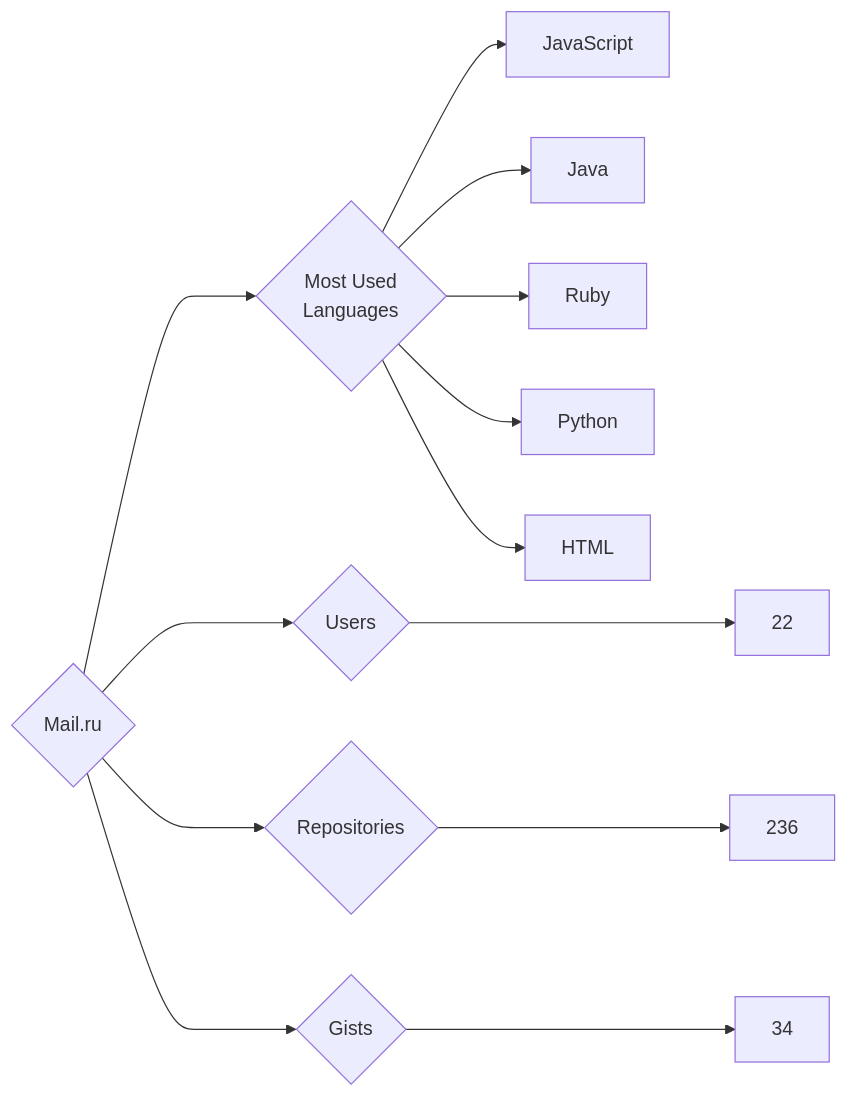
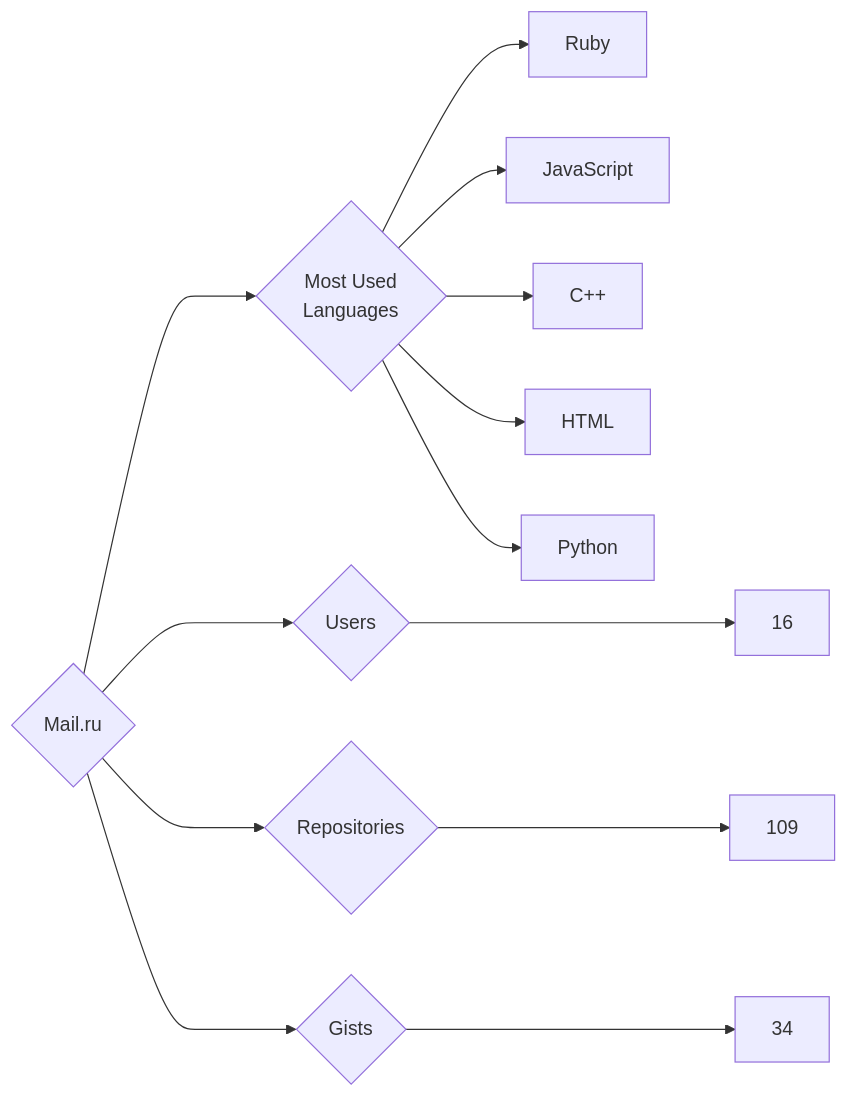
The diagram in targets/Mail.ru/README.md (trickest/insiders), drawn with Mermaid before and after one commit. The commit also changed 775 other files, not shown here.

````diff
--- a/targets/Mail.ru/README.md
+++ b/targets/Mail.ru/README.md
@@ -3,13 +3,13 @@
 ```mermaid
 graph LR
 COMPANY_NAME{Mail.ru}
-COMPANY_NAME ---> U{Users} ---> UN[22]
-COMPANY_NAME ---> R{Repositories} ---> RN[236]
+COMPANY_NAME ---> U{Users} ---> UN[16]
+COMPANY_NAME ---> R{Repositories} ---> RN[109]
 COMPANY_NAME ---> G{Gists} ---> GN[34]
 COMPANY_NAME ---> ML{Most Used<br>Languages}
+ML --> Ruby[Ruby]
 ML --> JavaScript[JavaScript]
-ML --> Java[Java]
-ML --> Ruby[Ruby]
+ML --> C++[C++]
+ML --> HTML[HTML]
 ML --> Python[Python]
-ML --> HTML[HTML]
 ```
````
